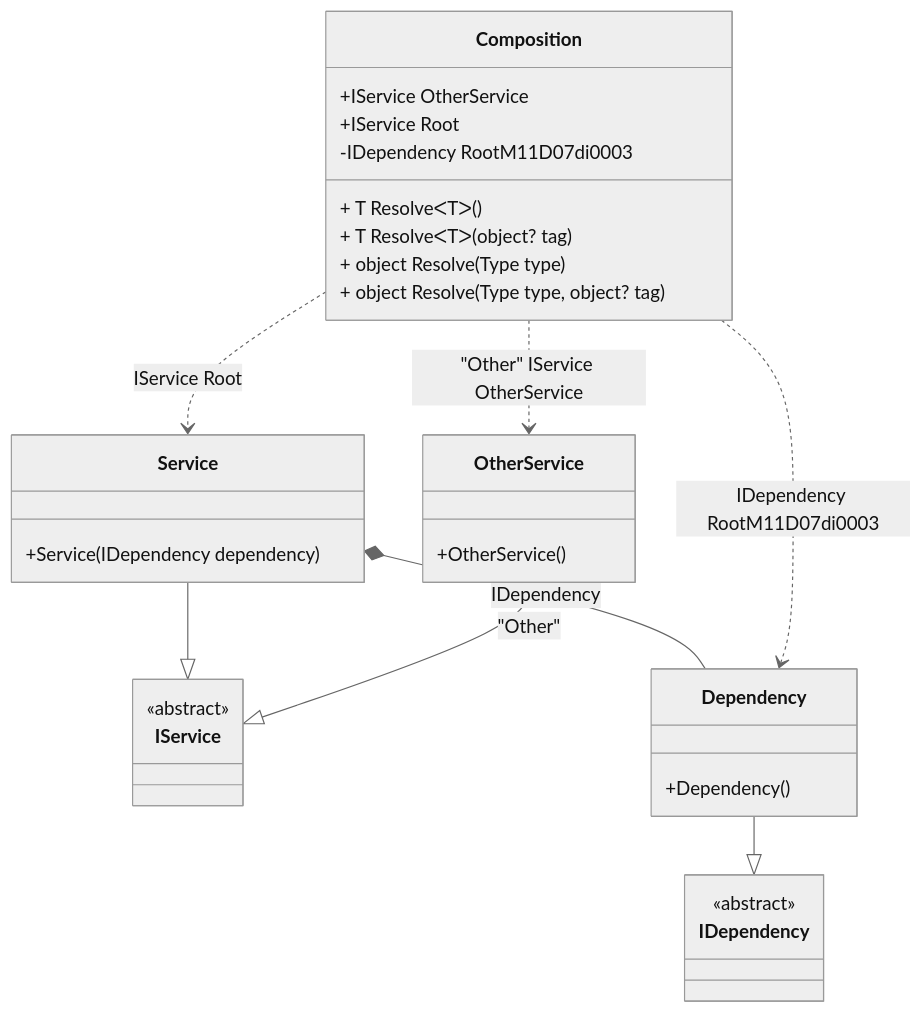
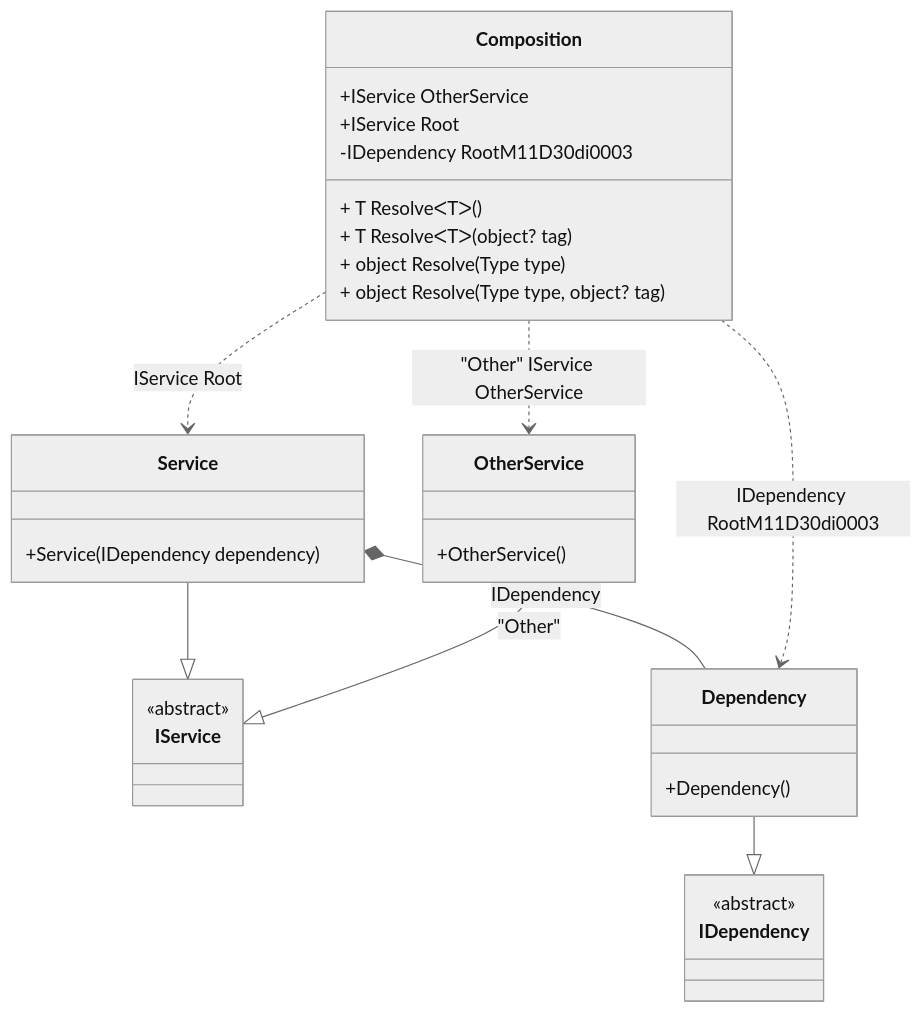
One commit to DevTeam/Pure.DI changed the diagram in readme/composition-roots.md. Above: the diagram before and after it, drawn with Mermaid (neutral theme). The commit also changed other lines of this file and 70 other files, not shown here.

````diff
--- a/readme/composition-roots.md
+++ b/readme/composition-roots.md
@@ -45,34 +45,34 @@
 ```mermaid
 classDiagram
   class Composition {
     +IService OtherService
     +IService Root
-    -IDependency RootM11D07di0003
+    -IDependency RootM11D30di0003
     + T ResolveᐸTᐳ()
     + T ResolveᐸTᐳ(object? tag)
     + object Resolve(Type type)
     + object Resolve(Type type, object? tag)
   }
   Service --|> IService : 
   class Service {
     +Service(IDependency dependency)
   }
   OtherService --|> IService : "Other" 
   class OtherService {
     +OtherService()
   }
   Dependency --|> IDependency : 
   class Dependency {
     +Dependency()
   }
   class IService {
     <<abstract>>
   }
   class IDependency {
     <<abstract>>
   }
   Service *--  Dependency : IDependency
   Composition ..> Service : IService Root
   Composition ..> OtherService : "Other" IService OtherService
-  Composition ..> Dependency : IDependency RootM11D07di0003
+  Composition ..> Dependency : IDependency RootM11D30di0003
 ```
````
